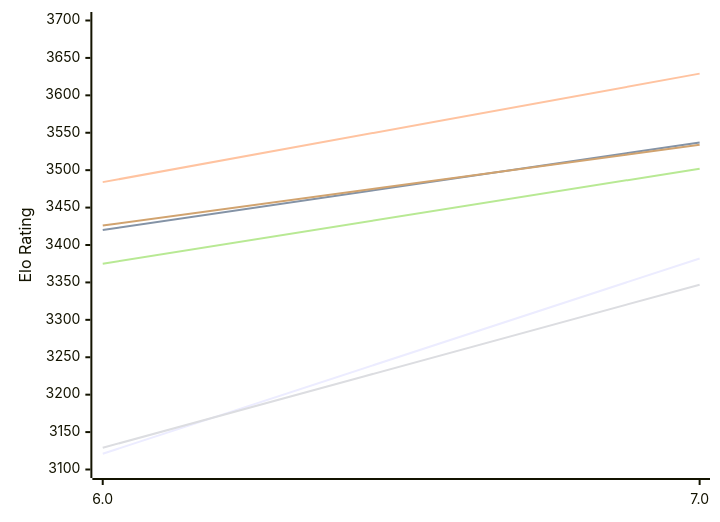
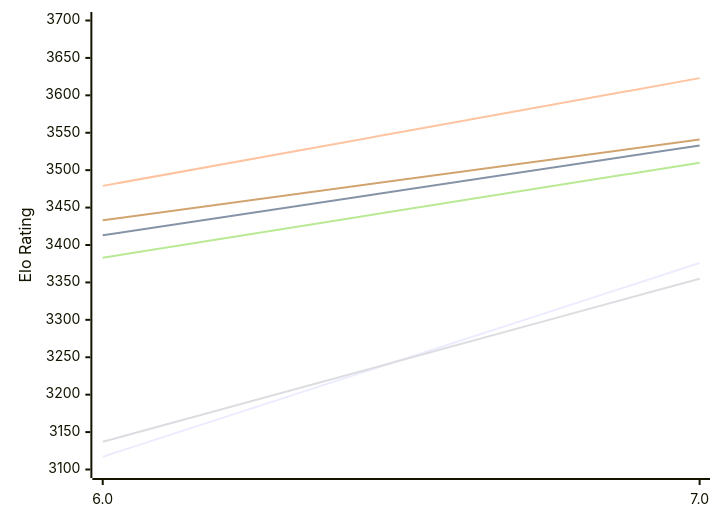
Before and after one commit to computer-chess-index/cci: the first of 2 diagrams in engines/Devre.md, drawn with Mermaid. The commit also changed other lines of this file, not shown here.

Commit message:
Update CCI Ratings (ELO VLTC) - 2026-11-18

````diff
--- a/engines/Devre.md
+++ b/engines/Devre.md
@@ -50,12 +50,12 @@
 ```mermaid
 %%{init: {"theme":"base","themeVariables":{"seriesColors:['#a3a3a3','#222221','#faa371']}}}%%
 xychart-beta
   x-axis ["6.0", "7.0"]
   y-axis "Elo Rating" 3100 --> 3700
-  line "E1: STC (8.0+0.08s)" [3121, 3382]
-  line "E1: LTC (60.0+0.60s)" [3420, 3537]
-  line "E1: VLTC (2m24s+1.12s)" [3484, 3629]
-  line "P1: STC (8.0+0.08s)" [3129, 3347]
-  line "P1: LTC (60.0+0.60s)" [3375, 3502]
-  line "P1: VLTC (2m24s+1.12s)" [3426, 3534]
+  line "E1: STC (8.0+0.08s)" [3117, 3376]
+  line "E1: LTC (60.0+0.60s)" [3413, 3533]
+  line "E1: VLTC (2m24s+1.12s)" [3479, 3623]
+  line "P1: STC (8.0+0.08s)" [3137, 3355]
+  line "P1: LTC (60.0+0.60s)" [3383, 3510]
+  line "P1: VLTC (2m24s+1.12s)" [3433, 3541]
 ```
````
